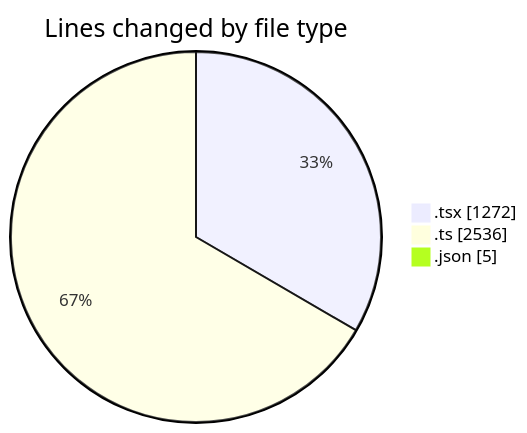
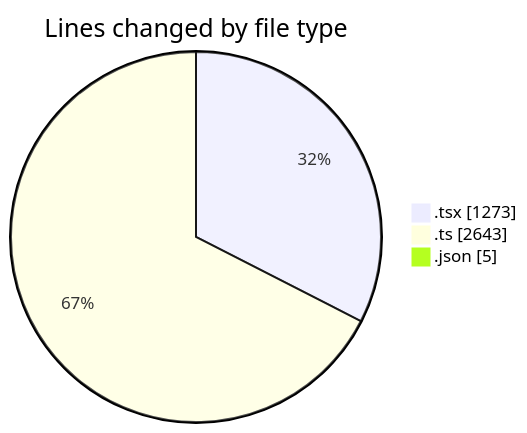
One commit to julien-gomy/code-tracking changed the first of 2 diagrams in 2025-11-23/eventscop-frontend-guide__workspace_/README.md. Above: the diagram before and after it, drawn with Mermaid. The commit also changed other lines of this file and 1 other file, not shown here.

````diff
--- a/2025-11-23/eventscop-frontend-guide__workspace_/README.md
+++ b/2025-11-23/eventscop-frontend-guide__workspace_/README.md
@@ -47,7 +50,7 @@
 ```mermaid
 pie showData
 title Lines changed by file type
-".tsx" : 1272
-".ts" : 2536
+".tsx" : 1273
+".ts" : 2643
 ".json" : 5
 ```
````
